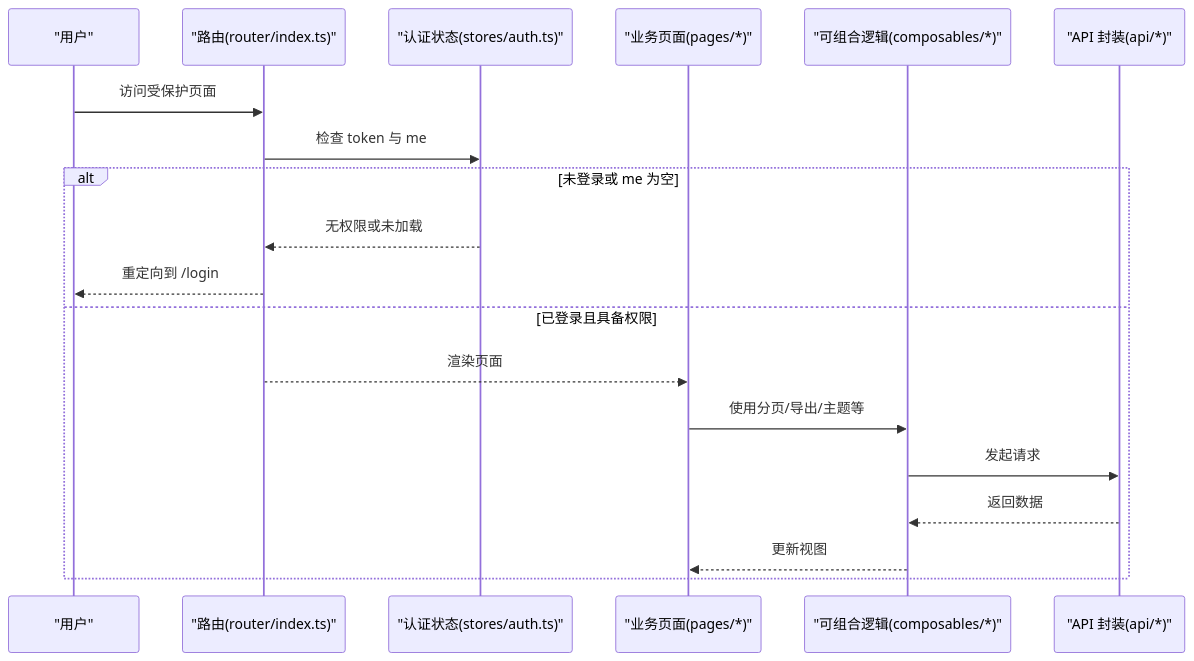
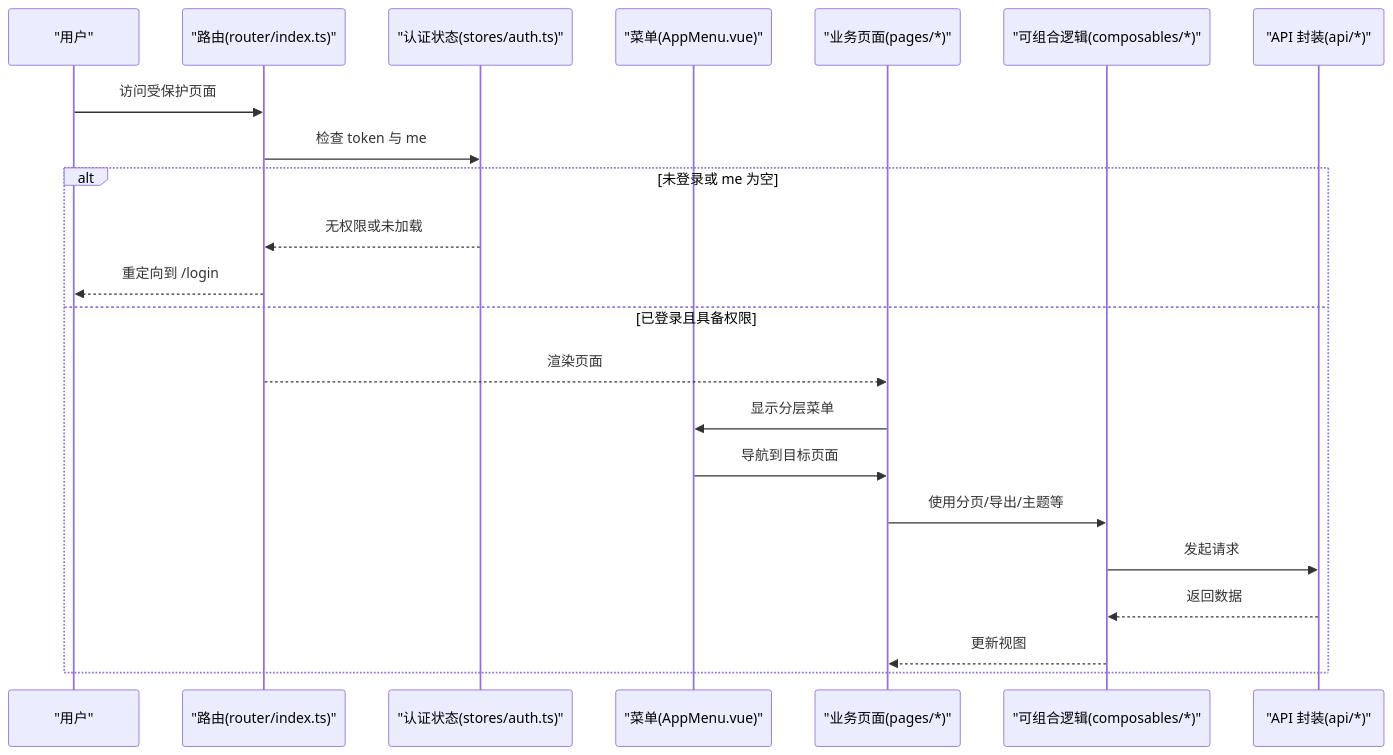
Before and after one commit to likele001/cenkor_mes: the second of 13 diagrams in .qoder/repowiki/zh/content/前端多端架构/PC 管理后台（frontend-admin-pro）.md, drawn with Mermaid. The commit also changed other lines of this file and 307 other files, not shown here.

````diff
--- a/.qoder/repowiki/zh/content/前端多端架构/PC 管理后台（frontend-admin-pro）.md
+++ b/.qoder/repowiki/zh/content/前端多端架构/PC 管理后台（frontend-admin-pro）.md
@@ -145,21 +156,24 @@
 ```mermaid
 sequenceDiagram
 participant User as "用户"
 participant Router as "路由(router/index.ts)"
 participant AuthStore as "认证状态(stores/auth.ts)"
+participant Menu as "菜单(AppMenu.vue)"
 participant Page as "业务页面(pages/*)"
 participant Composable as "可组合逻辑(composables/*)"
 participant API as "API 封装(api/*)"
 User->>Router : 访问受保护页面
 Router->>AuthStore : 检查 token 与 me
 alt 未登录或 me 为空
 AuthStore-->>Router : 无权限或未加载
 Router-->>User : 重定向到 /login
 else 已登录且具备权限
 Router-->>Page : 渲染页面
+Page->>Menu : 显示分层菜单
+Menu->>Page : 导航到目标页面
 Page->>Composable : 使用分页/导出/主题等
 Composable->>API : 发起请求
 API-->>Composable : 返回数据
 Composable-->>Page : 更新视图
 end
 ```
````
